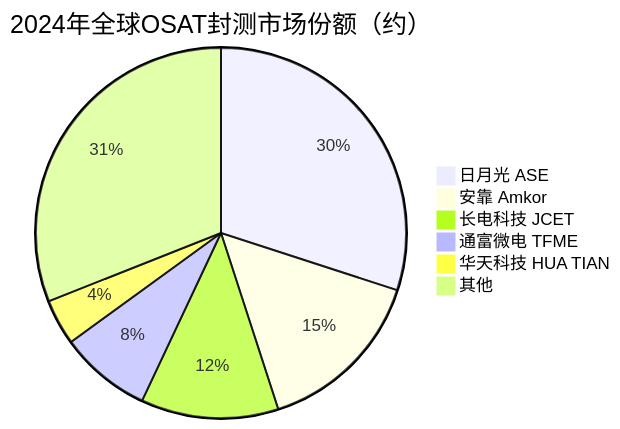
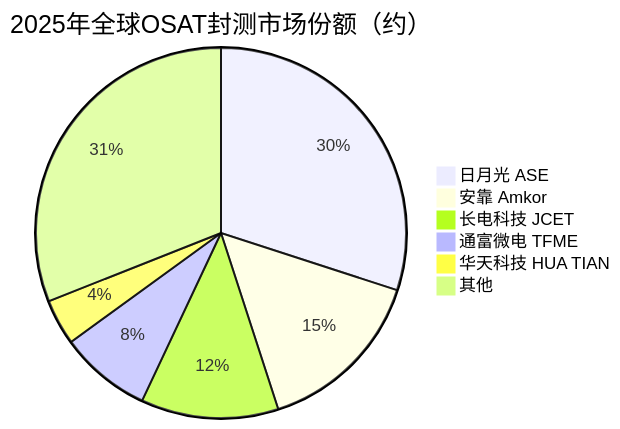
One commit to blueprint1453/industry-insight changed the third of 3 diagrams in AI产业链/中游/封装测试/常规封测.md. Above: the diagram before and after it, drawn with Mermaid. The commit also changed other lines of this file and 78 other files, not shown here.

````diff
--- a/AI产业链/中游/封装测试/常规封测.md
+++ b/AI产业链/中游/封装测试/常规封测.md
@@ -117,9 +117,9 @@
 ```mermaid
-pie title 2024年全球OSAT封测市场份额（约）
+pie title 2025年全球OSAT封测市场份额（约）
     "日月光 ASE" : 30
     "安靠 Amkor" : 15
     "长电科技 JCET" : 12
     "通富微电 TFME" : 8
     "华天科技 HUA TIAN" : 4
     "其他" : 31
 ```
````
